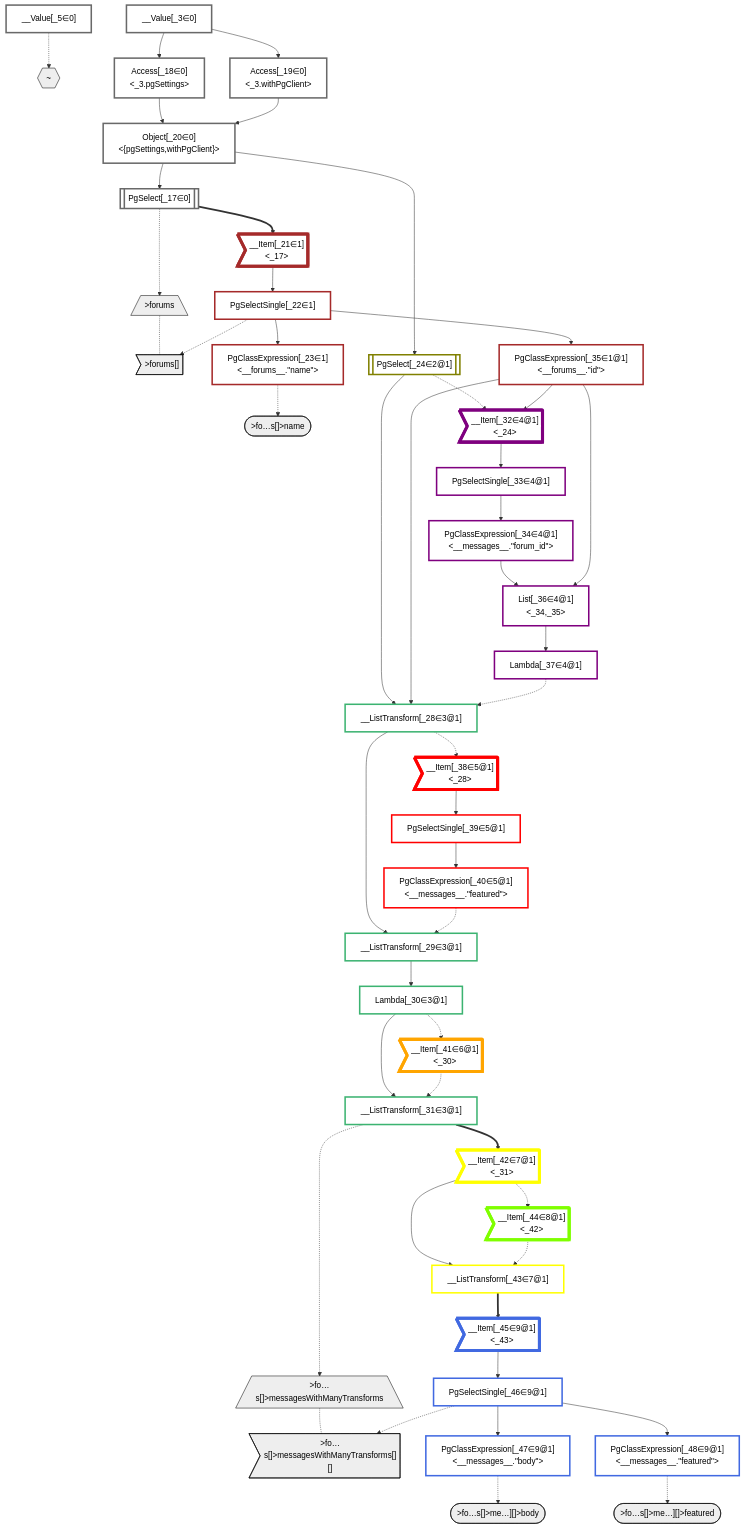
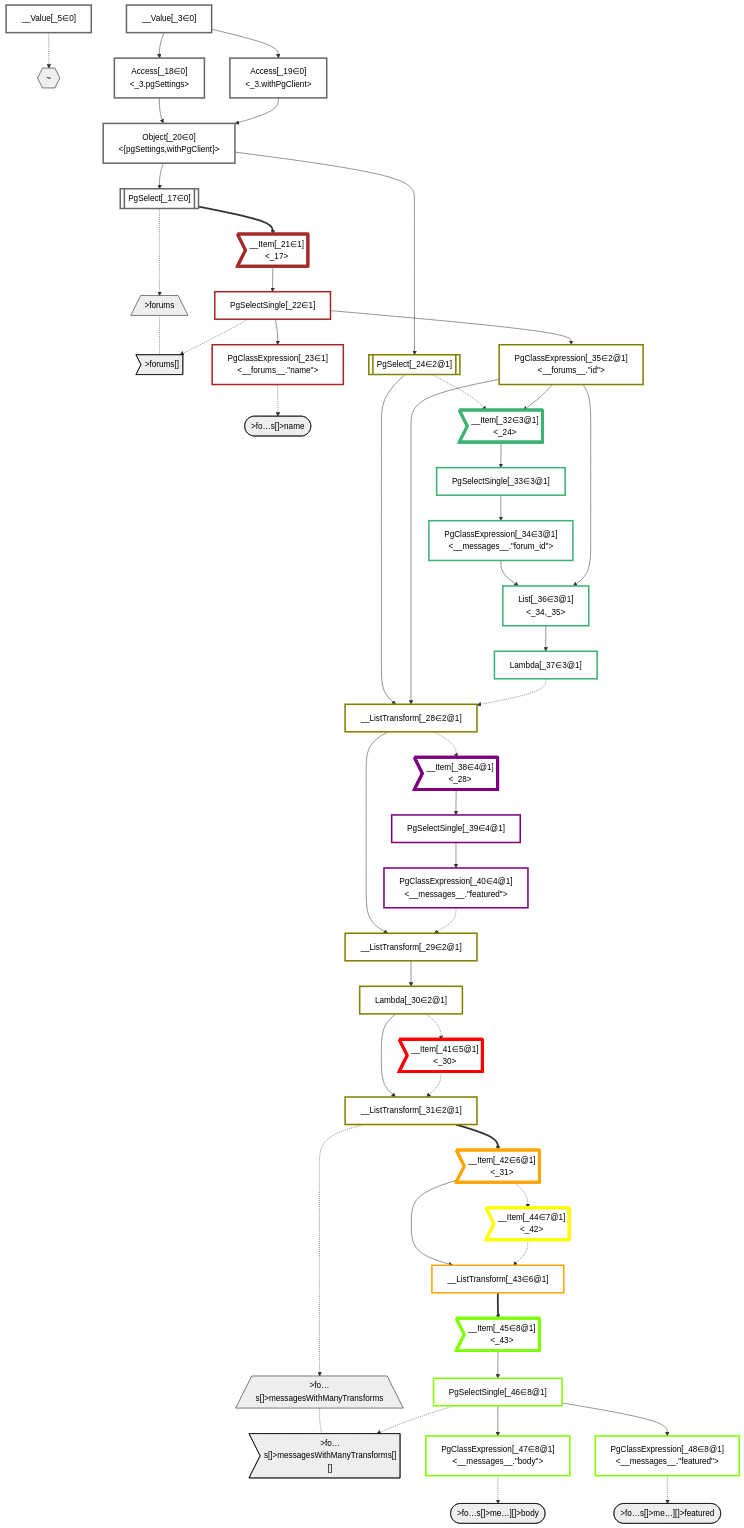
The diagram in packages/dataplan-pg/__tests__/queries/functions/computed-column-forums-messages-with-many-transforms.defer.mermaid.md (graphile/crystal), drawn with Mermaid before and after one commit. The commit also changed 42 other files, not shown here.

````diff
--- a/packages/dataplan-pg/__tests__/queries/functions/computed-column-forums-messages-with-many-transforms.defer.mermaid.md
+++ b/packages/dataplan-pg/__tests__/queries/functions/computed-column-forums-messages-with-many-transforms.defer.mermaid.md
@@ -34,27 +34,27 @@
     PgSelectSingle_22["PgSelectSingle[_22∈1]<br /><forums>"]:::plan
     PgClassExpression_23["PgClassExpression[_23∈1]<br /><__forums__.#quot;name#quot;>"]:::plan
     PgSelect_24[["PgSelect[_24∈2@1]<br /><messages>"]]:::plan
-    __ListTransform_28["__ListTransform[_28∈3@1]<br /><filter:_24>"]:::plan
-    __ListTransform_29["__ListTransform[_29∈3@1]<br /><groupBy:_28>"]:::plan
-    Lambda_30["Lambda[_30∈3@1]"]:::plan
-    __ListTransform_31["__ListTransform[_31∈3@1]<br /><each:_30>"]:::plan
-    __Item_32>"__Item[_32∈4@1]<br /><_24>"]:::itemplan
-    PgSelectSingle_33["PgSelectSingle[_33∈4@1]<br /><messages>"]:::plan
-    PgClassExpression_34["PgClassExpression[_34∈4@1]<br /><__messages__.#quot;forum_id#quot;>"]:::plan
-    PgClassExpression_35["PgClassExpression[_35∈1@1]<br /><__forums__.#quot;id#quot;>"]:::plan
-    List_36["List[_36∈4@1]<br /><_34,_35>"]:::plan
-    Lambda_37["Lambda[_37∈4@1]"]:::plan
-    __Item_38>"__Item[_38∈5@1]<br /><_28>"]:::itemplan
-    PgSelectSingle_39["PgSelectSingle[_39∈5@1]<br /><messages>"]:::plan
-    PgClassExpression_40["PgClassExpression[_40∈5@1]<br /><__messages__.#quot;featured#quot;>"]:::plan
-    __Item_41>"__Item[_41∈6@1]<br /><_30>"]:::itemplan
-    __Item_42>"__Item[_42∈7@1]<br /><_31>"]:::itemplan
-    __ListTransform_43["__ListTransform[_43∈7@1]<br /><each:_42>"]:::plan
-    __Item_44>"__Item[_44∈8@1]<br /><_42>"]:::itemplan
-    __Item_45>"__Item[_45∈9@1]<br /><_43>"]:::itemplan
-    PgSelectSingle_46["PgSelectSingle[_46∈9@1]<br /><messages>"]:::plan
-    PgClassExpression_47["PgClassExpression[_47∈9@1]<br /><__messages__.#quot;body#quot;>"]:::plan
-    PgClassExpression_48["PgClassExpression[_48∈9@1]<br /><__messages__.#quot;featured#quot;>"]:::plan
+    __ListTransform_28["__ListTransform[_28∈2@1]<br /><filter:_24>"]:::plan
+    __ListTransform_29["__ListTransform[_29∈2@1]<br /><groupBy:_28>"]:::plan
+    Lambda_30["Lambda[_30∈2@1]"]:::plan
+    __ListTransform_31["__ListTransform[_31∈2@1]<br /><each:_30>"]:::plan
+    __Item_32>"__Item[_32∈3@1]<br /><_24>"]:::itemplan
+    PgSelectSingle_33["PgSelectSingle[_33∈3@1]<br /><messages>"]:::plan
+    PgClassExpression_34["PgClassExpression[_34∈3@1]<br /><__messages__.#quot;forum_id#quot;>"]:::plan
+    PgClassExpression_35["PgClassExpression[_35∈2@1]<br /><__forums__.#quot;id#quot;>"]:::plan
+    List_36["List[_36∈3@1]<br /><_34,_35>"]:::plan
+    Lambda_37["Lambda[_37∈3@1]"]:::plan
+    __Item_38>"__Item[_38∈4@1]<br /><_28>"]:::itemplan
+    PgSelectSingle_39["PgSelectSingle[_39∈4@1]<br /><messages>"]:::plan
+    PgClassExpression_40["PgClassExpression[_40∈4@1]<br /><__messages__.#quot;featured#quot;>"]:::plan
+    __Item_41>"__Item[_41∈5@1]<br /><_30>"]:::itemplan
+    __Item_42>"__Item[_42∈6@1]<br /><_31>"]:::itemplan
+    __ListTransform_43["__ListTransform[_43∈6@1]<br /><each:_42>"]:::plan
+    __Item_44>"__Item[_44∈7@1]<br /><_42>"]:::itemplan
+    __Item_45>"__Item[_45∈8@1]<br /><_43>"]:::itemplan
+    PgSelectSingle_46["PgSelectSingle[_46∈8@1]<br /><messages>"]:::plan
+    PgClassExpression_47["PgClassExpression[_47∈8@1]<br /><__messages__.#quot;body#quot;>"]:::plan
+    PgClassExpression_48["PgClassExpression[_48∈8@1]<br /><__messages__.#quot;featured#quot;>"]:::plan
 
     %% plan dependencies
     Object_20 --> PgSelect_17
@@ -109,21 +109,19 @@
     classDef bucket0 stroke:#696969
     class __Value_3,__Value_5,PgSelect_17,Access_18,Access_19,Object_20 bucket0
     classDef bucket1 stroke:#a52a2a
-    class __Item_21,PgSelectSingle_22,PgClassExpression_23,PgClassExpression_35 bucket1
+    class __Item_21,PgSelectSingle_22,PgClassExpression_23 bucket1
     classDef bucket2 stroke:#808000
-    class PgSelect_24 bucket2
+    class PgSelect_24,__ListTransform_28,__ListTransform_29,Lambda_30,__ListTransform_31,PgClassExpression_35 bucket2
     classDef bucket3 stroke:#3cb371
-    class __ListTransform_28,__ListTransform_29,Lambda_30,__ListTransform_31 bucket3
+    class __Item_32,PgSelectSingle_33,PgClassExpression_34,List_36,Lambda_37 bucket3
     classDef bucket4 stroke:#7f007f
-    class __Item_32,PgSelectSingle_33,PgClassExpression_34,List_36,Lambda_37 bucket4
+    class __Item_38,PgSelectSingle_39,PgClassExpression_40 bucket4
     classDef bucket5 stroke:#ff0000
-    class __Item_38,PgSelectSingle_39,PgClassExpression_40 bucket5
+    class __Item_41 bucket5
     classDef bucket6 stroke:#ffa500
-    class __Item_41 bucket6
+    class __Item_42,__ListTransform_43 bucket6
     classDef bucket7 stroke:#ffff00
-    class __Item_42,__ListTransform_43 bucket7
+    class __Item_44 bucket7
     classDef bucket8 stroke:#7fff00
-    class __Item_44 bucket8
-    classDef bucket9 stroke:#4169e1
-    class __Item_45,PgSelectSingle_46,PgClassExpression_47,PgClassExpression_48 bucket9
+    class __Item_45,PgSelectSingle_46,PgClassExpression_47,PgClassExpression_48 bucket8
 ```
````
